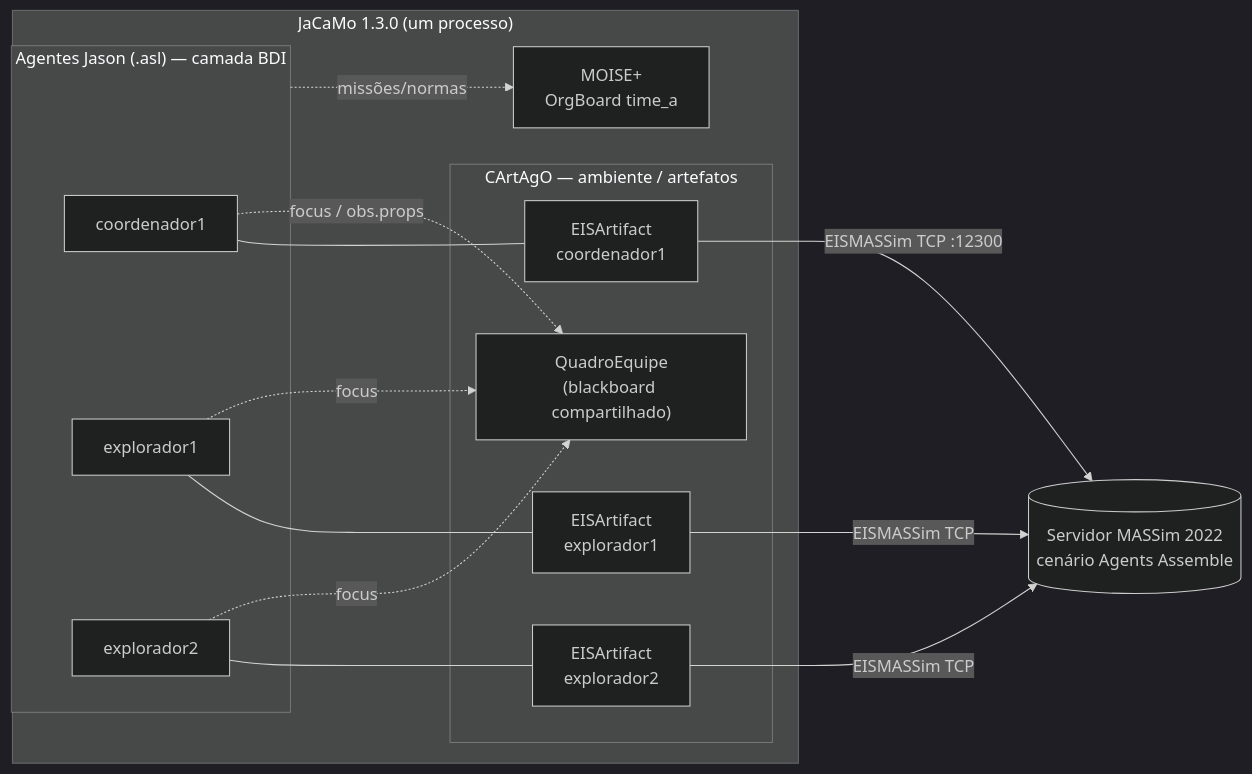
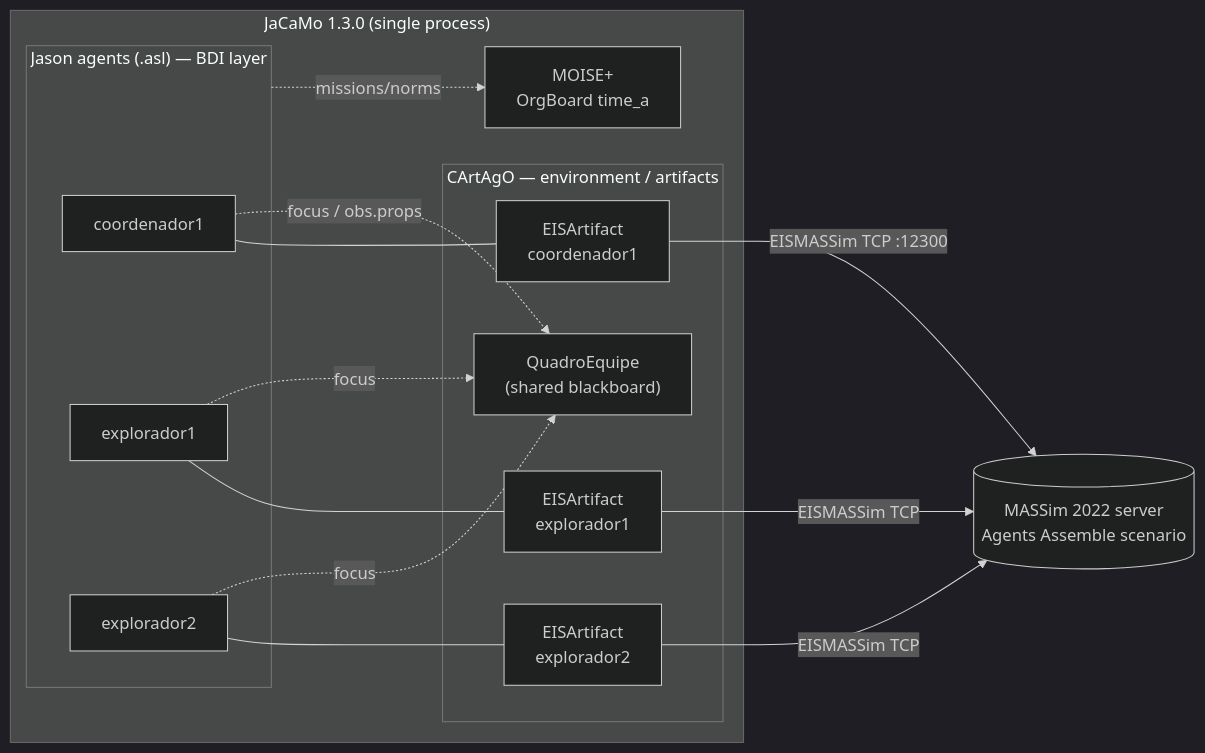
One commit to BritoRon/mapc2022_pcs5703 changed the second of 2 diagrams in README.md. Above: the diagram before and after it, drawn with Mermaid (dark theme). The commit also changed other lines of this file, not shown here.

Commit message:
README: diagramas em ingles (MOISE+ e arquitetura) + remove ref a CLAUDE.md

````diff
--- a/README.md
+++ b/README.md
@@ -184,29 +184,29 @@
 ```mermaid
 graph LR
-  subgraph JACAMO["JaCaMo 1.3.0 (um processo)"]
-    subgraph AG["Agentes Jason (.asl) — camada BDI"]
+  subgraph JACAMO["JaCaMo 1.3.0 (single process)"]
+    subgraph AG["Jason agents (.asl) — BDI layer"]
       CO["coordenador1"]
       X1["explorador1"]
       X2["explorador2"]
     end
-    subgraph CART["CArtAgO — ambiente / artefatos"]
-      Q["QuadroEquipe<br/>(blackboard compartilhado)"]
+    subgraph CART["CArtAgO — environment / artifacts"]
+      Q["QuadroEquipe<br/>(shared blackboard)"]
       EAC["EISArtifact<br/>coordenador1"]
       EA1["EISArtifact<br/>explorador1"]
       EA2["EISArtifact<br/>explorador2"]
     end
     ORG["MOISE+<br/>OrgBoard time_a"]
   end
-  SRV[("Servidor MASSim 2022<br/>cenário Agents Assemble")]
+  SRV[("MASSim 2022 server<br/>Agents Assemble scenario")]
 
   CO --- EAC
   X1 --- EA1
   X2 --- EA2
   CO -. "focus / obs.props" .-> Q
   X1 -. focus .-> Q
   X2 -. focus .-> Q
-  AG -. "missões/normas" .-> ORG
+  AG -. "missions/norms" .-> ORG
   EAC -- "EISMASSim TCP :12300" --> SRV
   EA1 -- "EISMASSim TCP" --> SRV
   EA2 -- "EISMASSim TCP" --> SRV
 ```
````
